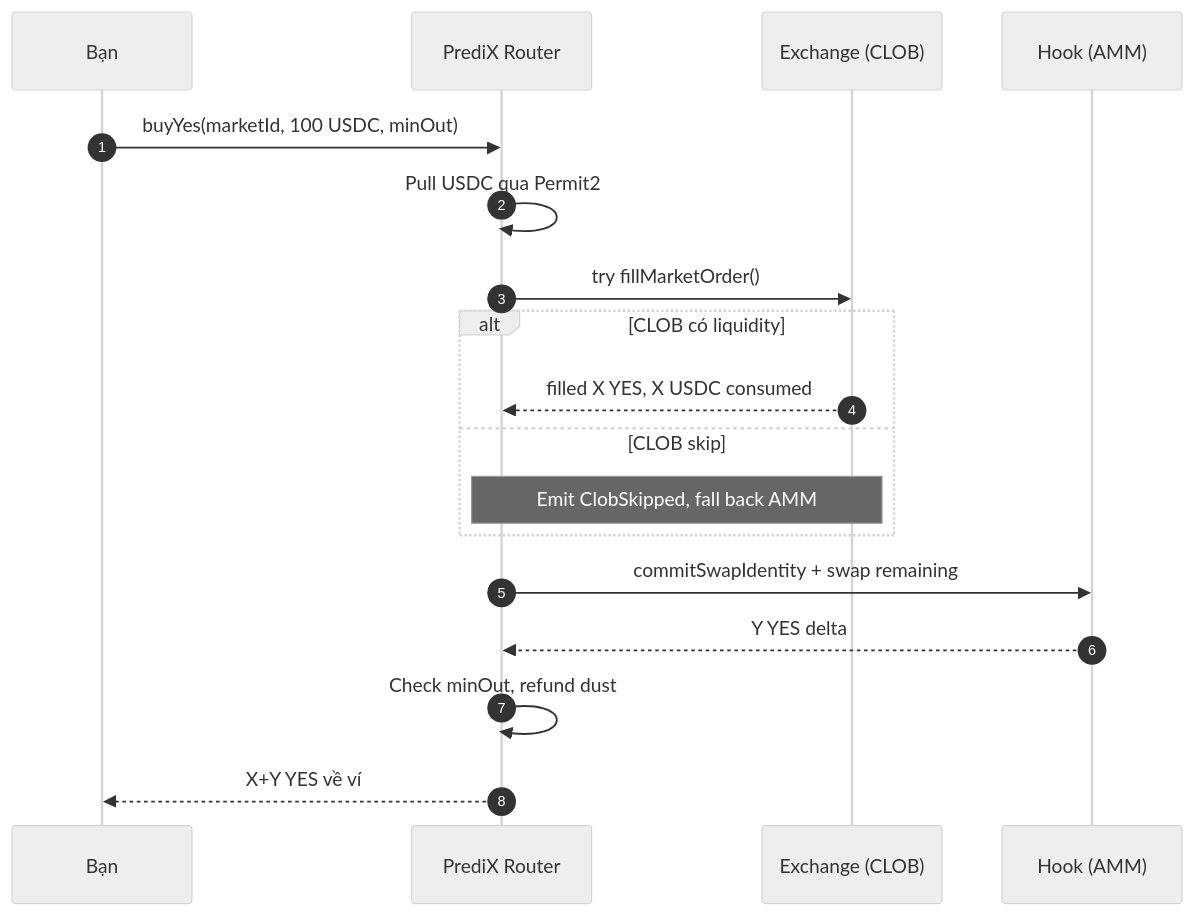
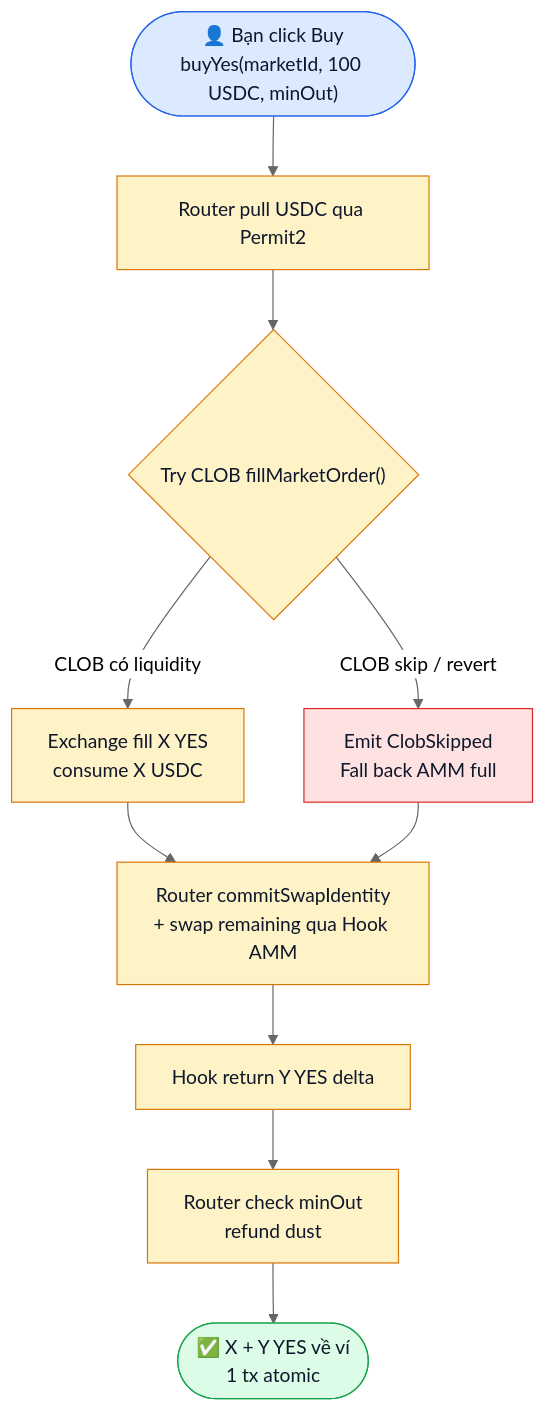
One commit to PrediX-Protocol/predix-docs changed the diagram in vi_v6/bat-dau/giao-dich-dau-tien.md. Above: the diagram before and after it, drawn with Mermaid (neutral theme). The commit also changed 17 other files, not shown here.

First line of the commit message:
docs(vi_v6): convert all 22 sequenceDiagram → flowchart TD (no overlap UX issue)

````diff
--- a/vi_v6/bat-dau/giao-dich-dau-tien.md
+++ b/vi_v6/bat-dau/giao-dich-dau-tien.md
@@ -22,21 +22,22 @@
 ```mermaid
-sequenceDiagram
-    autonumber
-    participant U as Bạn
-    participant R as PrediX Router
-    participant E as Exchange (CLOB)
-    participant H as Hook (AMM)
+flowchart TD
+    Start(["👤 Bạn click Buy<br/>buyYes(marketId, 100 USDC, minOut)"])
+    Start --> S1["Router pull USDC qua Permit2"]
+    S1 --> S2{"Try CLOB fillMarketOrder()"}
+    S2 -->|CLOB có liquidity| S3["Exchange fill X YES<br/>consume X USDC"]
+    S2 -->|CLOB skip / revert| S4["Emit ClobSkipped<br/>Fall back AMM full"]
+    S3 --> S5
+    S4 --> S5["Router commitSwapIdentity<br/>+ swap remaining qua Hook AMM"]
+    S5 --> S6["Hook return Y YES delta"]
+    S6 --> S7["Router check minOut<br/>refund dust"]
+    S7 --> End(["✅ X + Y YES về ví<br/>1 tx atomic"])
 
-    U->>R: buyYes(marketId, 100 USDC, minOut)
-    R->>R: Pull USDC qua Permit2
-    R->>E: try fillMarketOrder()
-    alt CLOB có liquidity
-        E-->>R: filled X YES, X USDC consumed
-    else CLOB skip
-        Note over R,E: Emit ClobSkipped, fall back AMM
-    end
-    R->>H: commitSwapIdentity + swap remaining
-    H-->>R: Y YES delta
-    R->>R: Check minOut, refund dust
-    R-->>U: X+Y YES về ví
+    classDef st fill:#dbeafe,stroke:#2563eb,color:#0f172a
+    classDef step fill:#fef3c7,stroke:#d97706,color:#0f172a
+    classDef alt fill:#fee2e2,stroke:#dc2626,color:#0f172a
+    classDef ok fill:#dcfce7,stroke:#16a34a,color:#0f172a
+    class Start st
+    class S1,S2,S3,S5,S6,S7 step
+    class S4 alt
+    class End ok
 ```
````
